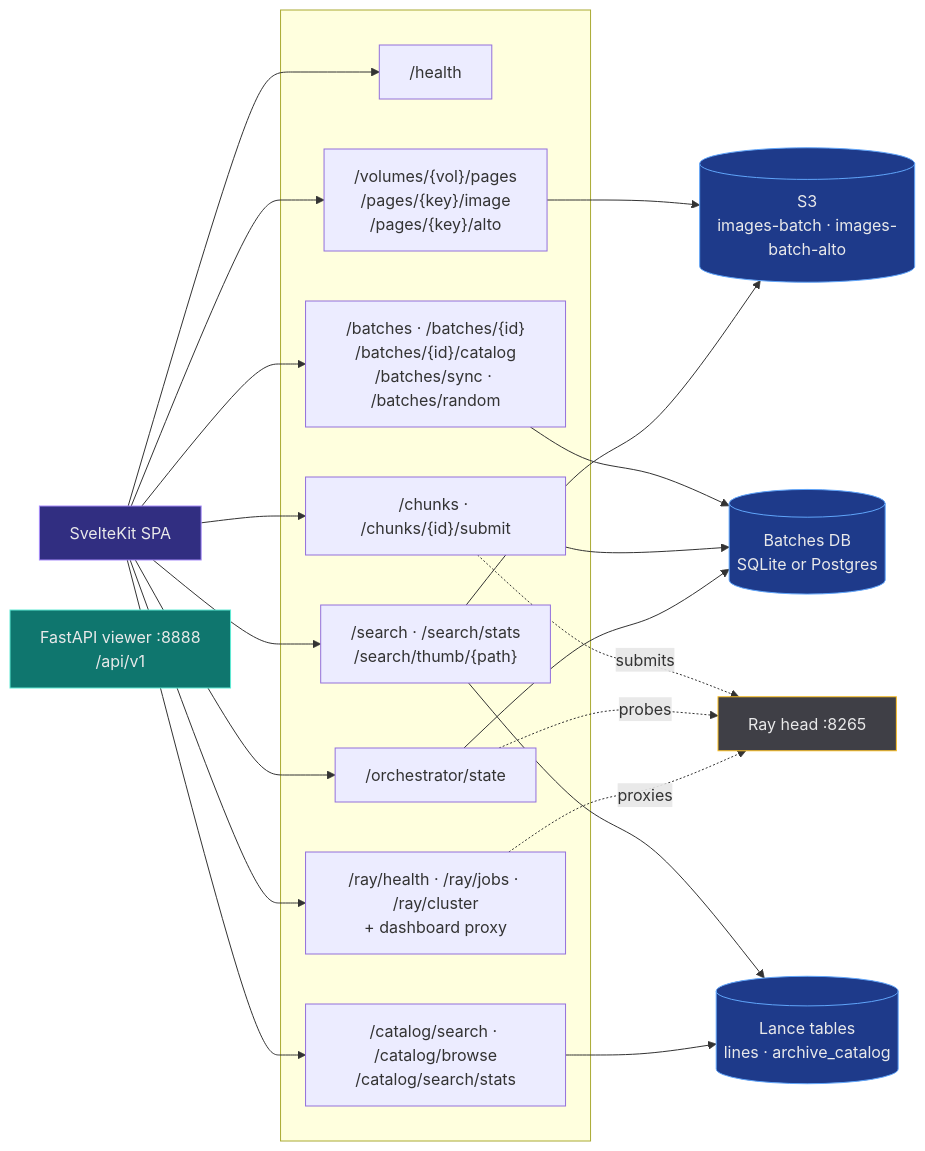
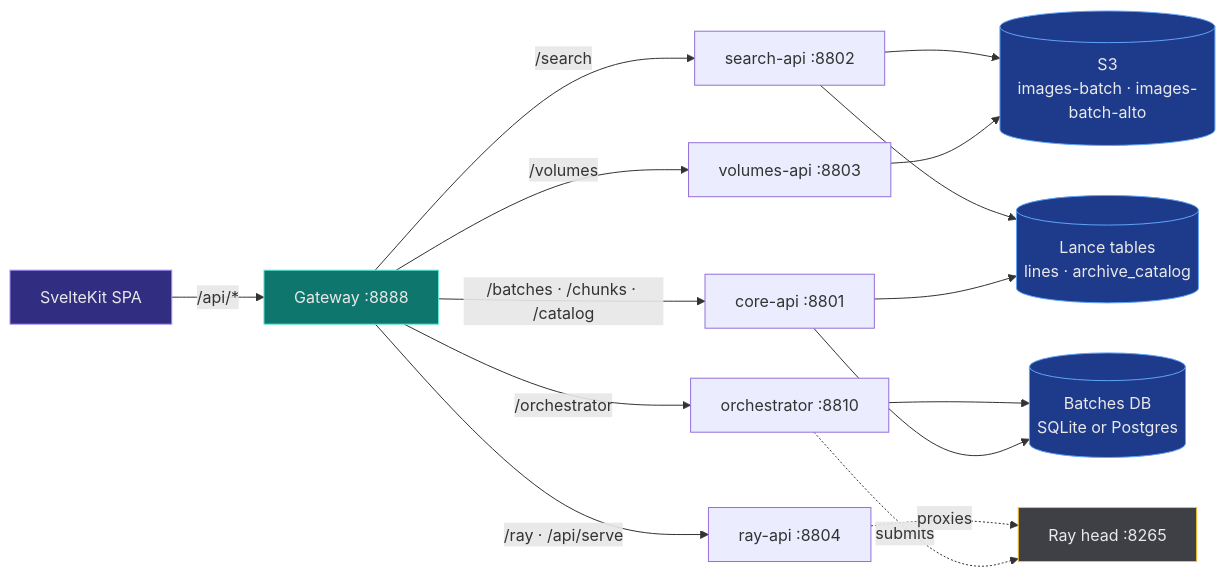
The fourth of 5 diagrams in docs/architecture/system-overview.md (AI-Riksarkivet/rask), drawn with Mermaid before and after one commit. The commit also changed other lines of this file and 18 other files, not shown here.

Commit message:
docs: refresh living docs for the post-strangler architecture (gateway + per-domain services + core brick)

````diff
--- a/docs/architecture/system-overview.md
+++ b/docs/architecture/system-overview.md
@@ -223,48 +255,31 @@
 ```mermaid
 flowchart LR
-    spa["SvelteKit SPA"]
-    api["FastAPI viewer :8888<br/>/api/v1"]
+    spa["SvelteKit SPA"] -->|/api/*| gw["Gateway :8888"]
 
-    subgraph endpoints[" "]
-        e1["/health"]
-        e2["/volumes/{vol}/pages<br/>/pages/{key}/image<br/>/pages/{key}/alto"]
-        e3["/batches · /batches/{id}<br/>/batches/{id}/catalog<br/>/batches/sync · /batches/random"]
-        e4["/chunks · /chunks/{id}/submit"]
-        e5["/search · /search/stats<br/>/search/thumb/{path}"]
-        e6["/catalog/search · /catalog/browse<br/>/catalog/search/stats"]
-        e7["/orchestrator/state"]
-        e8["/ray/health · /ray/jobs · /ray/cluster<br/>+ dashboard proxy"]
-    end
+    gw -->|/volumes| vols["volumes-api :8803"]
+    gw -->|/batches · /chunks · /catalog| core["core-api :8801"]
+    gw -->|/search| srch["search-api :8802"]
+    gw -->|/ray · /api/serve| rayapi["ray-api :8804"]
+    gw -->|/orchestrator| orch["orchestrator :8810"]
 
     s3[("S3<br/>images-batch · images-batch-alto")]
     db[("Batches DB<br/>SQLite or Postgres")]
     lance[("Lance tables<br/>lines · archive_catalog")]
     rayhead["Ray head :8265"]
 
-    spa --> e1
-    spa --> e2
-    spa --> e3
-    spa --> e4
-    spa --> e5
-    spa --> e6
-    spa --> e7
-    spa --> e8
-
-    e2 --> s3
-    e3 --> db
-    e4 --> db
-    e4 -.submits.-> rayhead
-    e5 --> lance
-    e5 --> s3
-    e6 --> lance
-    e7 --> db
-    e7 -.probes.-> rayhead
-    e8 -.proxies.-> rayhead
+    vols --> s3
+    core --> db
+    core --> lance
+    srch --> lance
+    srch --> s3
+    orch --> db
+    orch -.submits.-> rayhead
+    rayapi -.proxies.-> rayhead
 
     style spa fill:#312e81,stroke:#a78bfa,color:#e9e9ea
-    style api fill:#0f766e,stroke:#5eead4,color:#e9e9ea
+    style gw fill:#0f766e,stroke:#5eead4,color:#e9e9ea
     style s3 fill:#1e3a8a,stroke:#60a5fa,color:#e9e9ea
     style db fill:#1e3a8a,stroke:#60a5fa,color:#e9e9ea
     style lance fill:#1e3a8a,stroke:#60a5fa,color:#e9e9ea
     style rayhead fill:#3f3f46,stroke:#fbbf24,color:#e9e9ea
 ```
````
